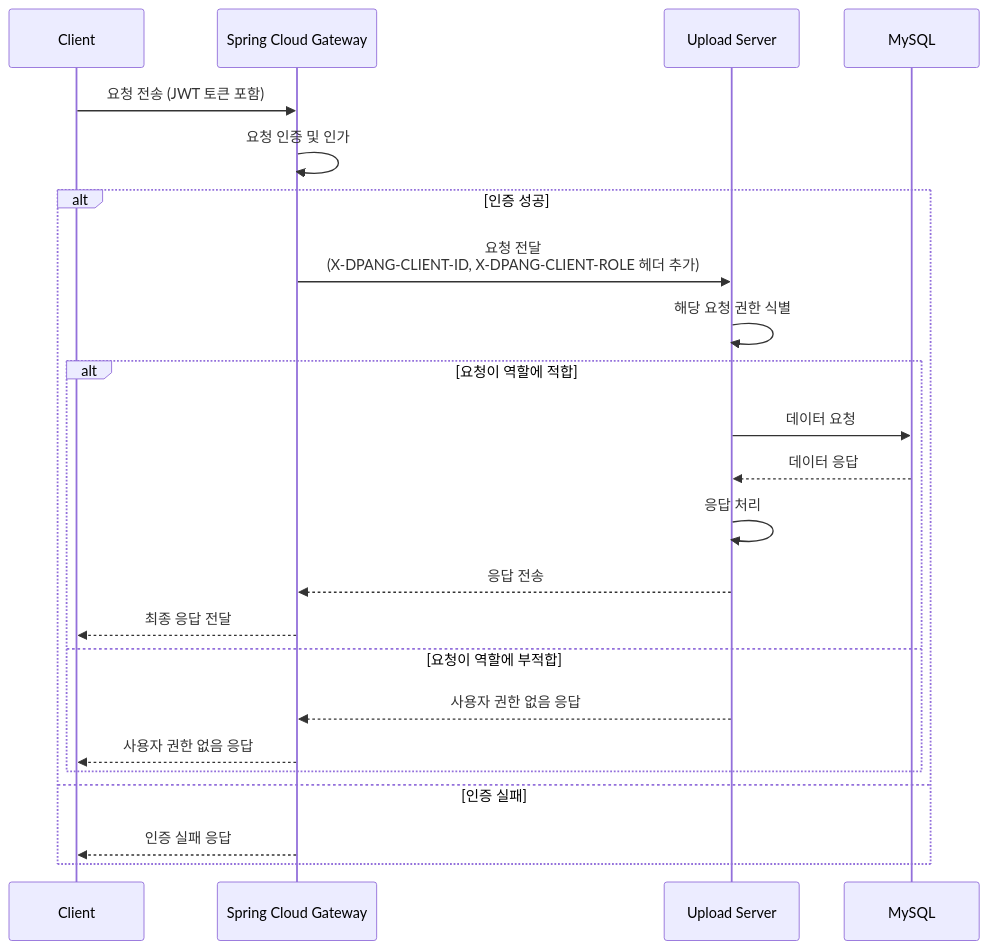
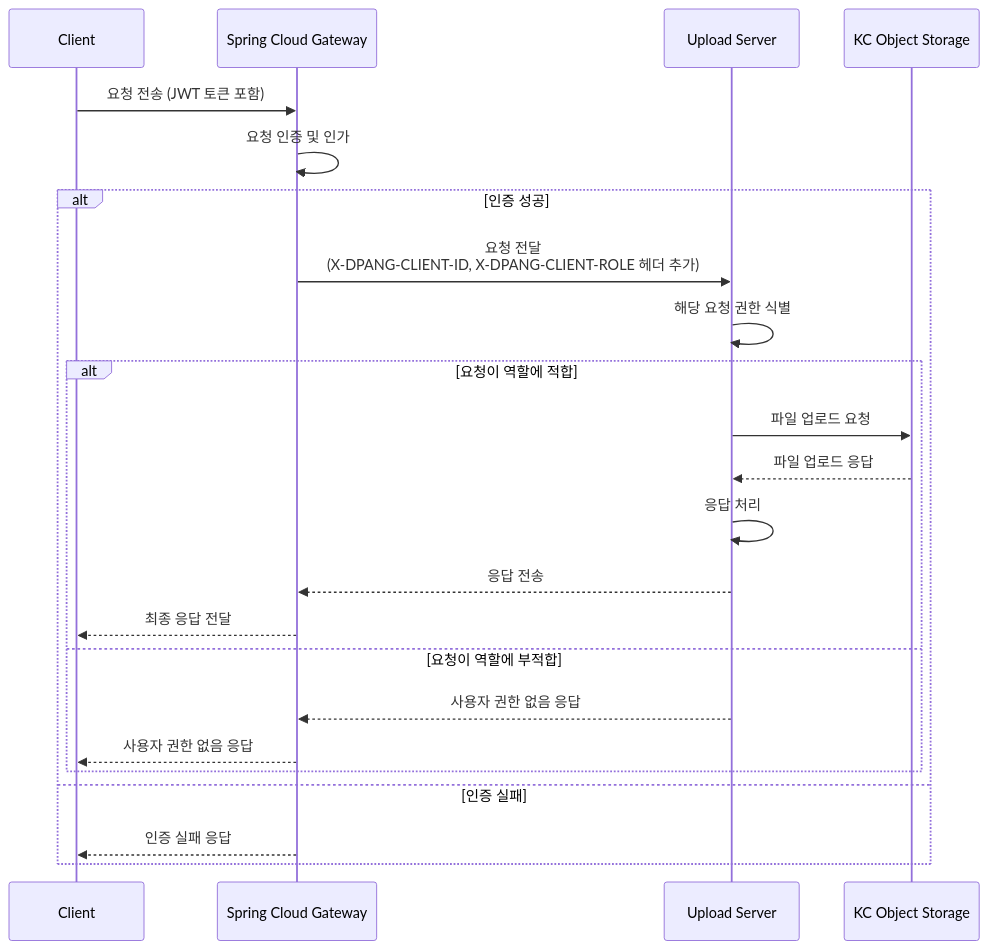
The diagram in README.md (kea-dpang/image-upload-server), drawn with Mermaid before and after one commit. The commit also changed other lines of this file, not shown here.

````diff
--- a/README.md
+++ b/README.md
@@ -13,31 +13,31 @@
 ```mermaid
 sequenceDiagram
     participant Client as Client
     participant Gateway as Spring Cloud Gateway
     participant UploadService as Upload Server
-    participant MySQL as MySQL
+    participant KC as KC Object Storage
     
     Client ->> Gateway: 요청 전송 (JWT 토큰 포함)
     Gateway ->> Gateway: 요청 인증 및 인가
 
     alt 인증 성공
         Gateway ->> UploadService: 요청 전달 <br> (X-DPANG-CLIENT-ID, X-DPANG-CLIENT-ROLE 헤더 추가)
         UploadService ->> UploadService: 해당 요청 권한 식별
 
         alt 요청이 역할에 적합
-            UploadService ->> MySQL: 데이터 요청
-            MySQL -->> UploadService: 데이터 응답
+            UploadService ->> KC: 파일 업로드 요청
+            KC -->> UploadService: 파일 업로드 응답
             UploadService ->> UploadService: 응답 처리
             UploadService -->> Gateway: 응답 전송
             Gateway -->> Client: 최종 응답 전달
 
         else 요청이 역할에 부적합
             UploadService -->> Gateway: 사용자 권한 없음 응답
             Gateway -->> Client: 사용자 권한 없음 응답
         end
 
     else 인증 실패
         Gateway -->> Client: 인증 실패 응답
     end
 
 ```
````
